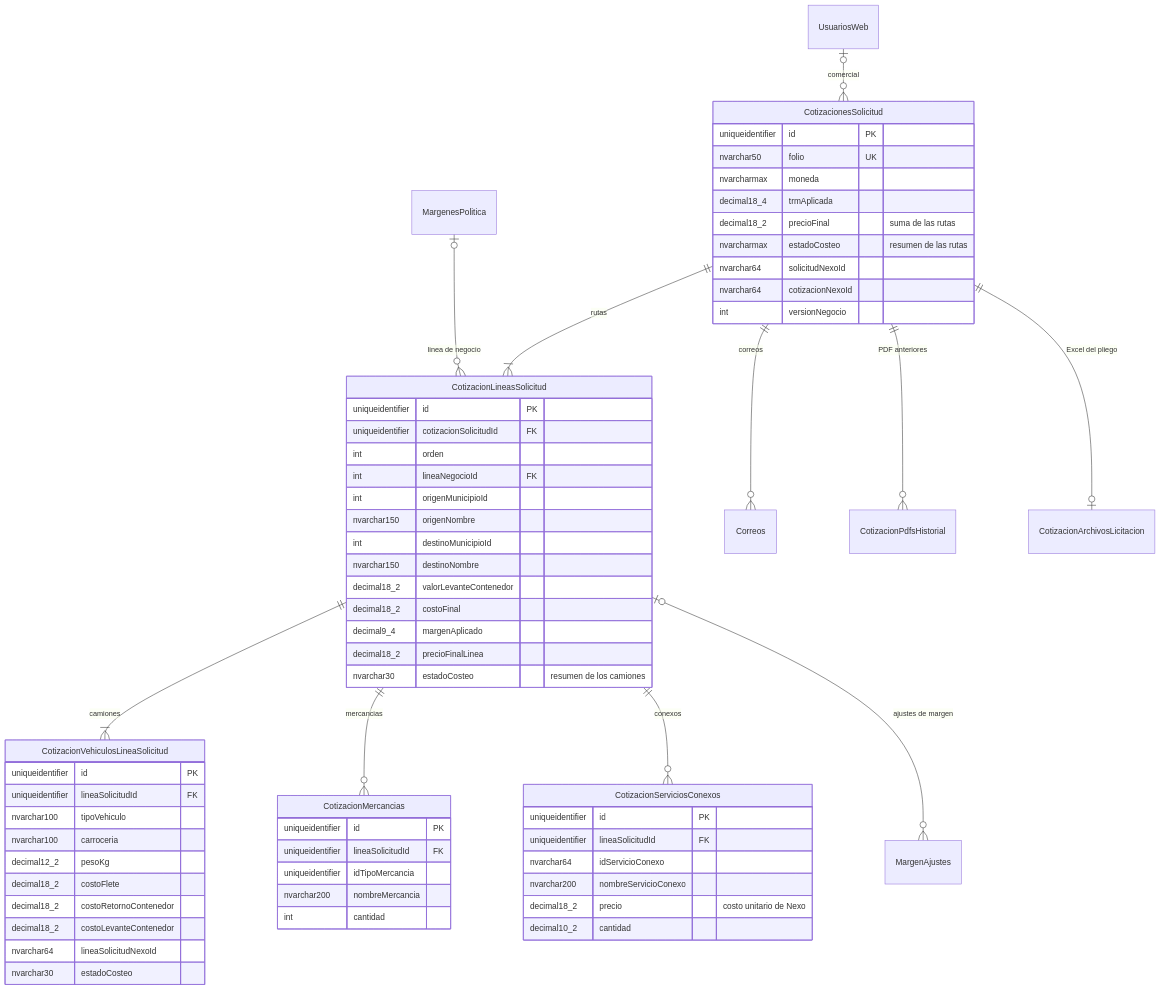
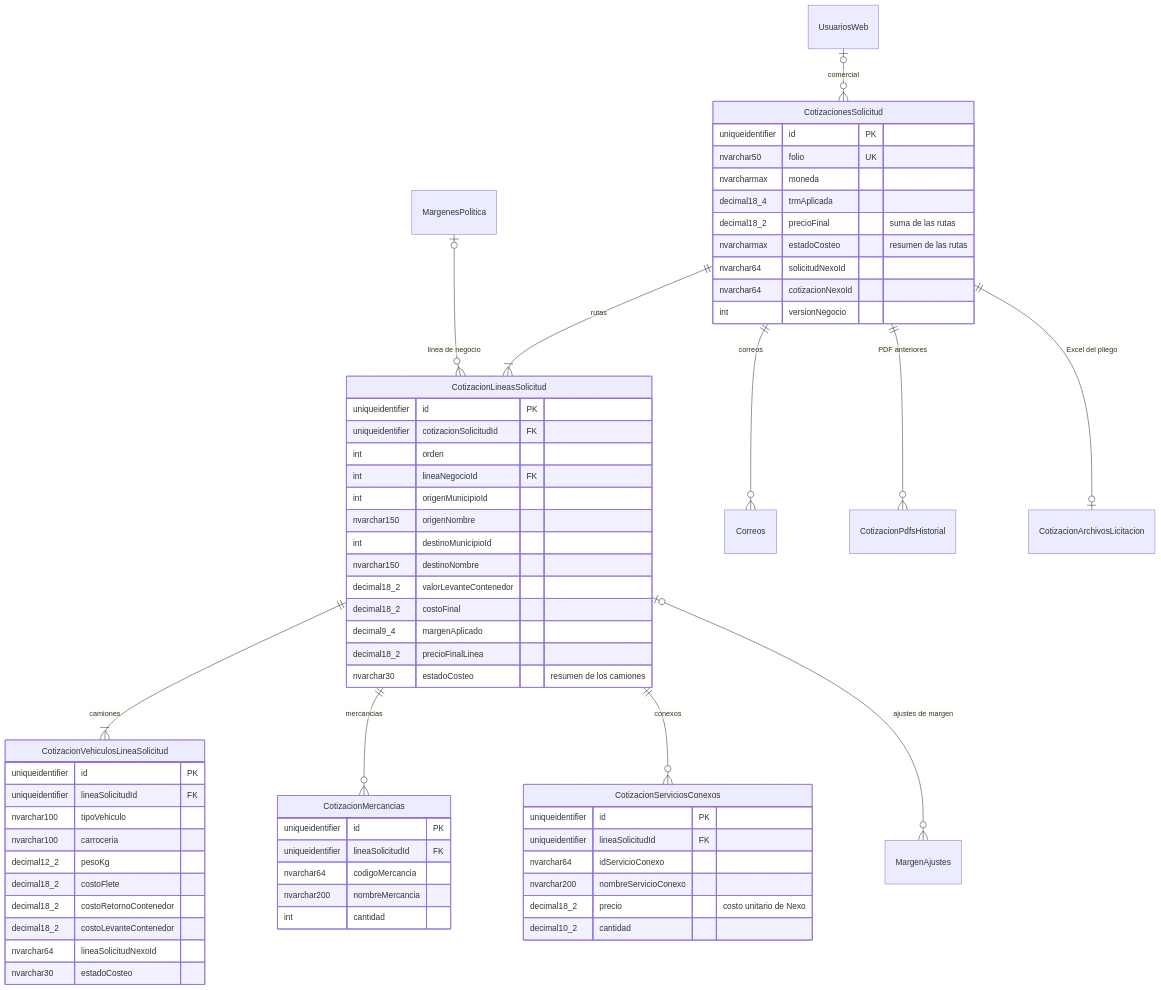
The diagram in BASE_DE_DATOS.md (InnovacionIA-proyectos/Cotifly), drawn with Mermaid before and after one commit. The commit also changed other lines of this file and 38 other files, not shown here.

````diff
--- a/BASE_DE_DATOS.md
+++ b/BASE_DE_DATOS.md
@@ -34,67 +34,67 @@
 ```mermaid
 erDiagram
     CotizacionesSolicitud ||--|{ CotizacionLineasSolicitud : "rutas"
     CotizacionLineasSolicitud ||--|{ CotizacionVehiculosLineaSolicitud : "camiones"
     CotizacionLineasSolicitud ||--o{ CotizacionMercancias : "mercancias"
     CotizacionLineasSolicitud ||--o{ CotizacionServiciosConexos : "conexos"
     MargenesPolitica |o--o{ CotizacionLineasSolicitud : "linea de negocio"
     CotizacionLineasSolicitud |o--o{ MargenAjustes : "ajustes de margen"
     CotizacionesSolicitud ||--o{ Correos : "correos"
     CotizacionesSolicitud ||--o{ CotizacionPdfsHistorial : "PDF anteriores"
     CotizacionesSolicitud ||--o| CotizacionArchivosLicitacion : "Excel del pliego"
     UsuariosWeb |o--o{ CotizacionesSolicitud : "comercial"
 
     CotizacionesSolicitud {
         uniqueidentifier id PK
         nvarchar50 folio UK
         nvarcharmax moneda
         decimal18_4 trmAplicada
         decimal18_2 precioFinal "suma de las rutas"
         nvarcharmax estadoCosteo "resumen de las rutas"
         nvarchar64 solicitudNexoId
         nvarchar64 cotizacionNexoId
         int versionNegocio
     }
     CotizacionLineasSolicitud {
         uniqueidentifier id PK
         uniqueidentifier cotizacionSolicitudId FK
         int orden
         int lineaNegocioId FK
         int origenMunicipioId
         nvarchar150 origenNombre
         int destinoMunicipioId
         nvarchar150 destinoNombre
         decimal18_2 valorLevanteContenedor
         decimal18_2 costoFinal
         decimal9_4 margenAplicado
         decimal18_2 precioFinalLinea
         nvarchar30 estadoCosteo "resumen de los camiones"
     }
     CotizacionVehiculosLineaSolicitud {
         uniqueidentifier id PK
         uniqueidentifier lineaSolicitudId FK
         nvarchar100 tipoVehiculo
         nvarchar100 carroceria
         decimal12_2 pesoKg
         decimal18_2 costoFlete
         decimal18_2 costoRetornoContenedor
         decimal18_2 costoLevanteContenedor
         nvarchar64 lineaSolicitudNexoId
         nvarchar30 estadoCosteo
     }
     CotizacionMercancias {
         uniqueidentifier id PK
         uniqueidentifier lineaSolicitudId FK
-        uniqueidentifier idTipoMercancia
+        nvarchar64 codigoMercancia
         nvarchar200 nombreMercancia
         int cantidad
     }
     CotizacionServiciosConexos {
         uniqueidentifier id PK
         uniqueidentifier lineaSolicitudId FK
         nvarchar64 idServicioConexo
         nvarchar200 nombreServicioConexo
         decimal18_2 precio "costo unitario de Nexo"
         decimal10_2 cantidad
     }
 ```
````
